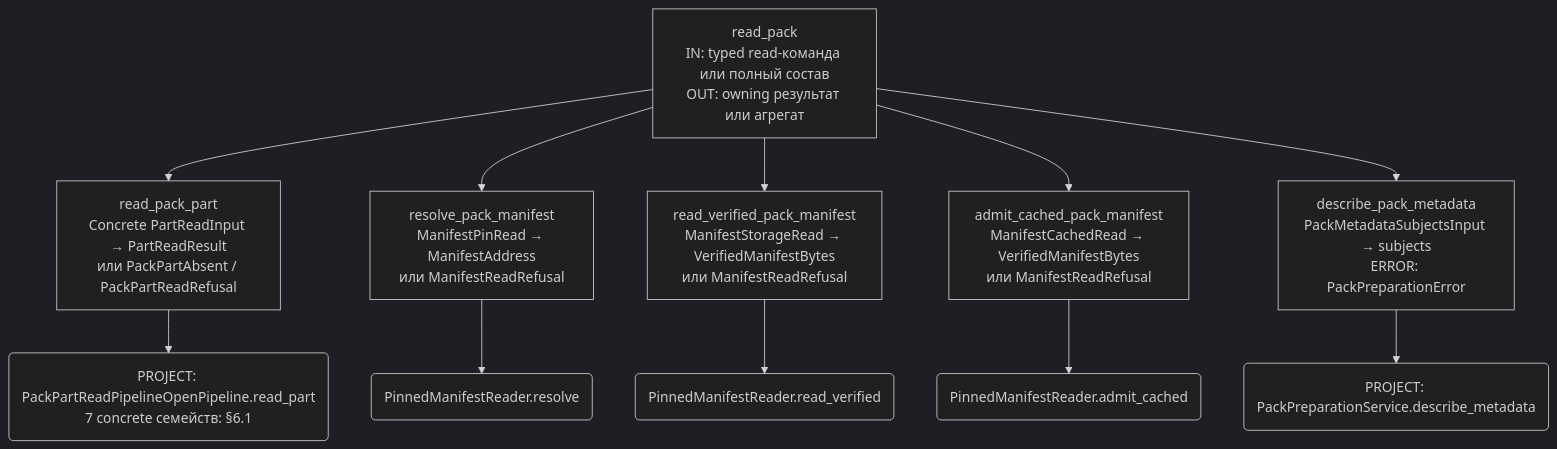
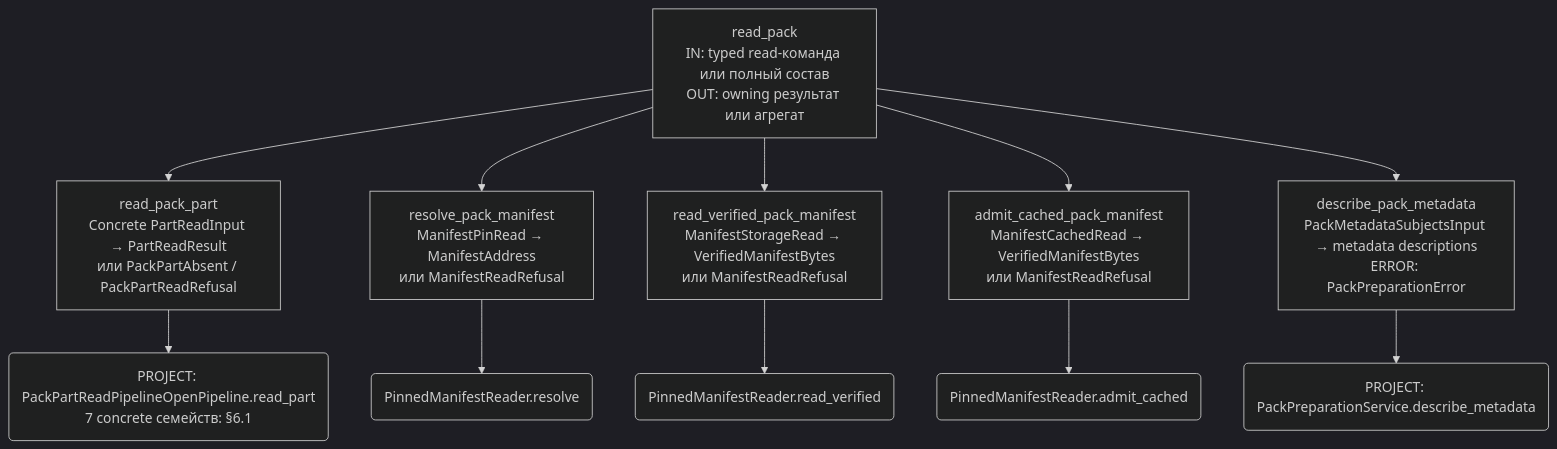
Before and after one commit to AndrewBondaren/AI-Project: the third of 5 diagrams in .cursor/plans/gen-dag-cache-pack-source-families.md, drawn with Mermaid (dark theme). The commit also changed other lines of this file and 16 other files, not shown here.

````diff
--- a/.cursor/plans/gen-dag-cache-pack-source-families.md
+++ b/.cursor/plans/gen-dag-cache-pack-source-families.md
@@ -248,19 +250,19 @@
 ```mermaid
 flowchart TB
   R["read_pack<br/>IN: typed read-команда или полный состав<br/>OUT: owning результат или агрегат"]
   P["read_pack_part<br/>Concrete PartReadInput → PartReadResult<br/>или PackPartAbsent / PackPartReadRefusal"]
   A["resolve_pack_manifest<br/>ManifestPinRead → ManifestAddress<br/>или ManifestReadRefusal"]
   V["read_verified_pack_manifest<br/>ManifestStorageRead → VerifiedManifestBytes<br/>или ManifestReadRefusal"]
   C["admit_cached_pack_manifest<br/>ManifestCachedRead → VerifiedManifestBytes<br/>или ManifestReadRefusal"]
-  M["describe_pack_metadata<br/>PackMetadataSubjectsInput → subjects<br/>ERROR: PackPreparationError"]
+  M["describe_pack_metadata<br/>PackMetadataSubjectsInput → metadata descriptions<br/>ERROR: PackPreparationError"]
   R --> P
   R --> A
   R --> V
   R --> C
   R --> M
   P --> PP("PROJECT: PackPartReadPipelineOpenPipeline.read_part<br/>7 concrete семейств: §6.1")
   A --> PA("PinnedManifestReader.resolve")
   V --> PV("PinnedManifestReader.read_verified")
   C --> PC("PinnedManifestReader.admit_cached")
   M --> PM("PROJECT: PackPreparationService.describe_metadata")
 ```
````
